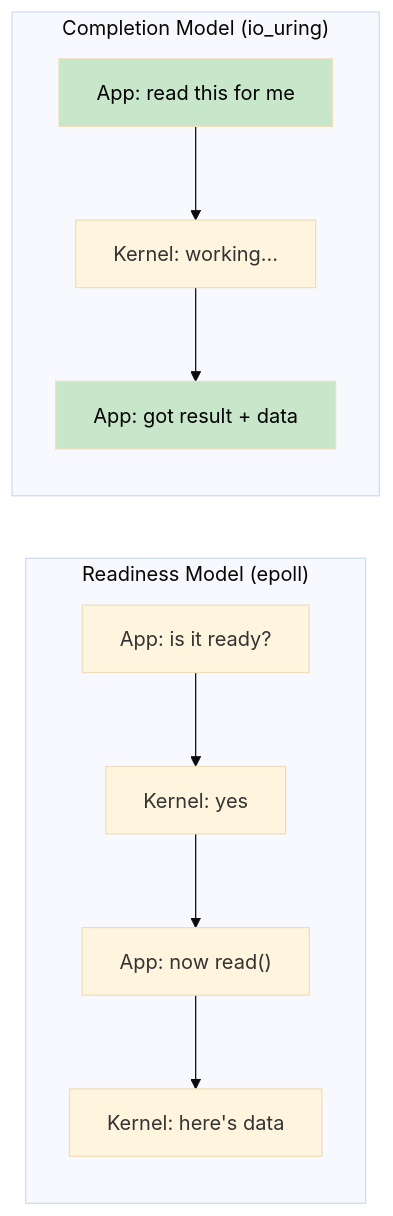
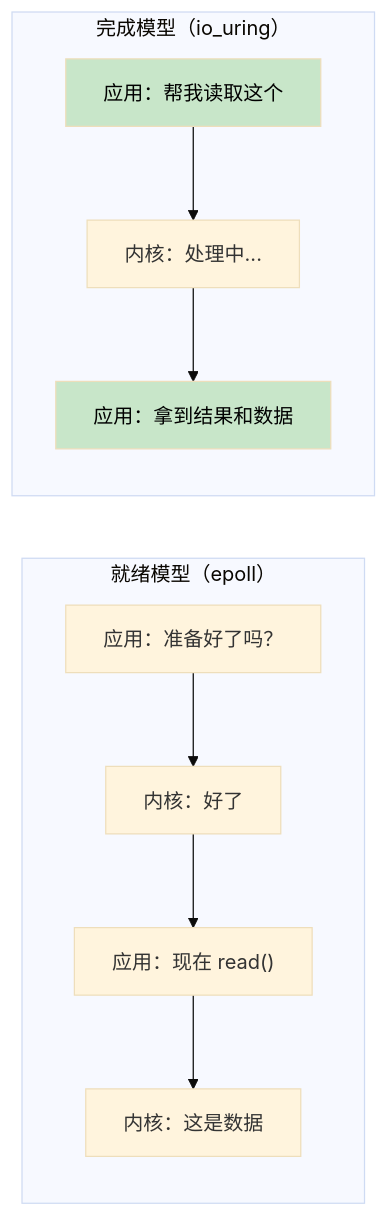
The second of 3 diagrams in async-book/src-zh/ch07-executors-and-runtimes.md (hearsay316/RustTraining), drawn with Mermaid (base theme) before and after one commit. The commit also changed other lines of this file and 18 other files, not shown here.

````diff
--- a/async-book/src-zh/ch07-executors-and-runtimes.md
+++ b/async-book/src-zh/ch07-executors-and-runtimes.md
@@ -94,16 +94,16 @@
 ```mermaid
 graph LR
-    subgraph "Readiness Model (epoll)"
-        A1["App: is it ready?"] --> K1["Kernel: yes"]
-        K1 --> A2["App: now read()"]
-        A2 --> K2["Kernel: here's data"]
+    subgraph "就绪模型（epoll）"
+        A1["应用：准备好了吗？"] --> K1["内核：好了"]
+        K1 --> A2["应用：现在 read()"]
+        A2 --> K2["内核：这是数据"]
     end
 
-    subgraph "Completion Model (io_uring)"
-        B1["App: read this for me"] --> K3["Kernel: working..."]
-        K3 --> B2["App: got result + data"]
+    subgraph "完成模型（io_uring）"
+        B1["应用：帮我读取这个"] --> K3["内核：处理中..."]
+        K3 --> B2["应用：拿到结果和数据"]
     end
 
     style B1 fill:#c8e6c9,color:#000
     style B2 fill:#c8e6c9,color:#000
 ```
````
